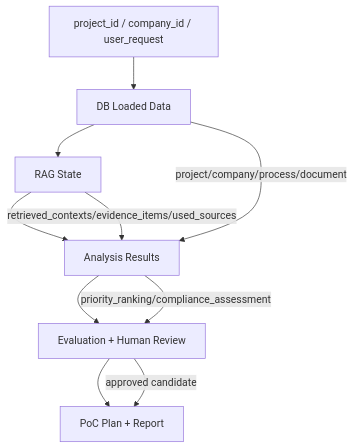
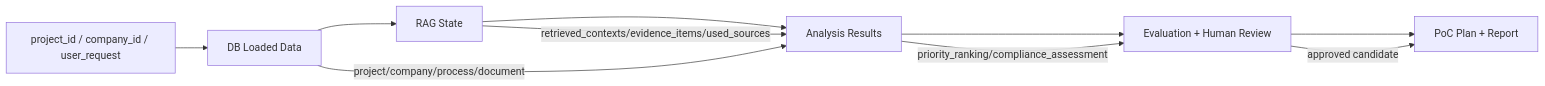
Before and after one commit to ohjaesik/AI_Agent: the third of 5 diagrams in README.md, drawn with Mermaid. The commit also changed other lines of this file, not shown here.

````diff
--- a/README.md
+++ b/README.md
@@ -141,13 +501,13 @@
 ```mermaid
-flowchart TD
+flowchart LR
     Input[project_id / company_id / user_request] --> DBData[DB Loaded Data]
     DBData --> RAGState[RAG State]
     RAGState --> AnalysisState[Analysis Results]
     AnalysisState --> DecisionState[Evaluation + Human Review]
     DecisionState --> DeliveryState[PoC Plan + Report]
 
     DBData -->|project/company/process/document| AnalysisState
     RAGState -->|retrieved_contexts/evidence_items/used_sources| AnalysisState
     AnalysisState -->|priority_ranking/compliance_assessment| DecisionState
     DecisionState -->|approved candidate| DeliveryState
 ```
````
